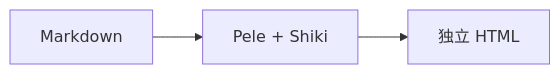
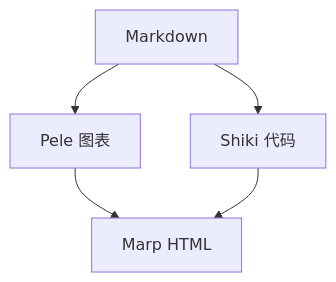
Before and after one commit to sj-shijin/hp-rspress: the diagram in cinderfolio/examples/marp.md, drawn with Mermaid. The commit also changed other lines of this file and 3 other files, not shown here.

````diff
--- a/cinderfolio/examples/marp.md
+++ b/cinderfolio/examples/marp.md
@@ -207,6 +344,9 @@
 ```mermaid
-flowchart LR
-  accTitle: 构建期渲染
-  accDescr: Markdown 通过 Pele 与 Shiki 生成独立 HTML。
-  A[Markdown] --> B[Pele + Shiki] --> C[独立 HTML]
+flowchart TD
+  accTitle: Cinderfolio 渲染流程
+  accDescr: Markdown 中的图表交给 Pele，代码交给 Shiki，合并为 Marp HTML。
+  A[Markdown] --> B[Pele 图表]
+  A --> C[Shiki 代码]
+  B --> D[Marp HTML]
+  C --> D
 ```
````
